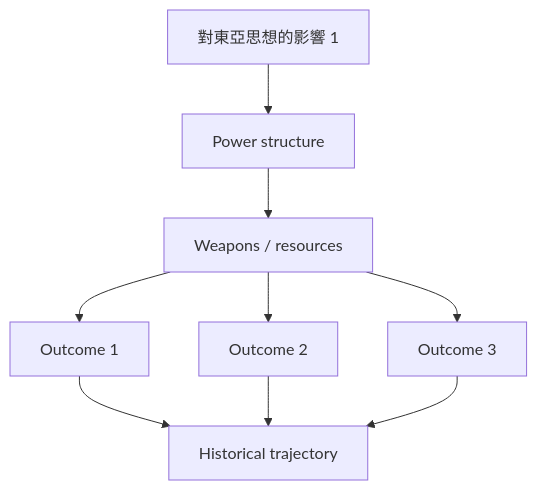
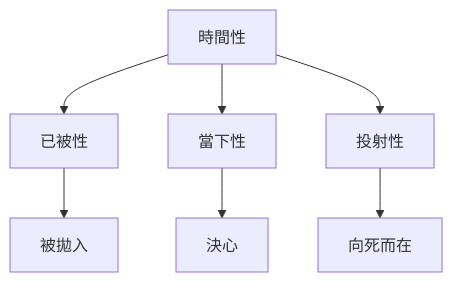
The fourth of 10 diagrams in 02_Harvard_Courses/Fall_Courses/Hist83_Heidegger.md (yip-lgtm/HKU-Harvard-History-Self-Study), drawn with Mermaid before and after one commit. The commit also changed other lines of this file and 15 other files, not shown here.

````diff
--- a/02_Harvard_Courses/Fall_Courses/Hist83_Heidegger.md
+++ b/02_Harvard_Courses/Fall_Courses/Hist83_Heidegger.md
@@ -224,11 +166,9 @@
 ```mermaid
 graph TD
-    A[對東亞思想的影響 1] --> B[Power structure]
-    B --> C[Weapons / resources]
-    C --> D[Outcome 1]
-    C --> E[Outcome 2]
-    C --> F[Outcome 3]
-    D --> G[Historical trajectory]
-    E --> G
-    F --> G
+    A[時間性] --> B[已被性]
+    A --> C[當下性]
+    A --> D[投射性]
+    B --> E[被拋入]
+    C --> F[決心]
+    D --> G[向死而在]
 ```
````
